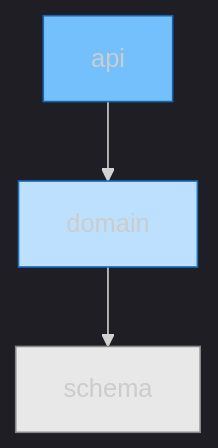
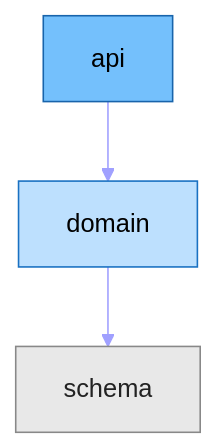
Before and after one commit to rdwornik/dev-knowledge: the diagram in templates/ARCHITECTURE-template.md, drawn with Mermaid. The commit also changed 1 other file, not shown here.

Commit message:
docs(adr-51): amend mermaid theme standard to high-contrast custom themeVariables (v2)
The 2026-05-28 v1 amendment mandated bare %%{init:{'theme':'dark'}}%%
but that only worked for classDefs that already pinned color:. Light-
pastel fills without color: rendered as light text on light fill =
invisible (the workflow/council/handoff diagrams in .dev-knowledge).
Supersede with the 'theme':'base' + themeVariables custom block + a
companion rule requiring explicit color: on every classDef with a
light-pastel fill. Template updated to match.

````diff
--- a/templates/ARCHITECTURE-template.md
+++ b/templates/ARCHITECTURE-template.md
@@ -46,18 +46,18 @@
 ```mermaid
-%%{init: {'theme':'dark'}}%%
+%%{init: {'theme':'base', 'themeVariables': {'darkMode':true,'background':'#1a1a1a','primaryColor':'#2d2d3d','primaryTextColor':'#f0f0f0','primaryBorderColor':'#8a86ff','lineColor':'#a0a0ff','textColor':'#f0f0f0','mainBkg':'#2d2d3d','secondaryColor':'#3d2d3d','tertiaryColor':'#22323a','clusterBkg':'#222232','clusterBorder':'#555577','edgeLabelBackground':'#1a1a1a','titleColor':'#f0f0f0','nodeBorder':'#8a86ff'}}}%%
 flowchart TD
     api[api]:::interface
     domain[domain]:::core
     schema[schema]:::foundation
 
     api --> domain
     domain --> schema
 
-    classDef foundation fill:#e8e8e8,stroke:#888
-    classDef core fill:#bde0fe,stroke:#1971c2
-    classDef interface fill:#74c0fc,stroke:#1864ab
+    classDef foundation fill:#e8e8e8,stroke:#888,color:#222
+    classDef core fill:#bde0fe,stroke:#1971c2,color:#000
+    classDef interface fill:#74c0fc,stroke:#1864ab,color:#000
 
     click api href "src/api/" "Open api"
     click domain href "src/domain/" "Open domain"
     click schema href "src/schema/" "Open schema"
 ```
````
